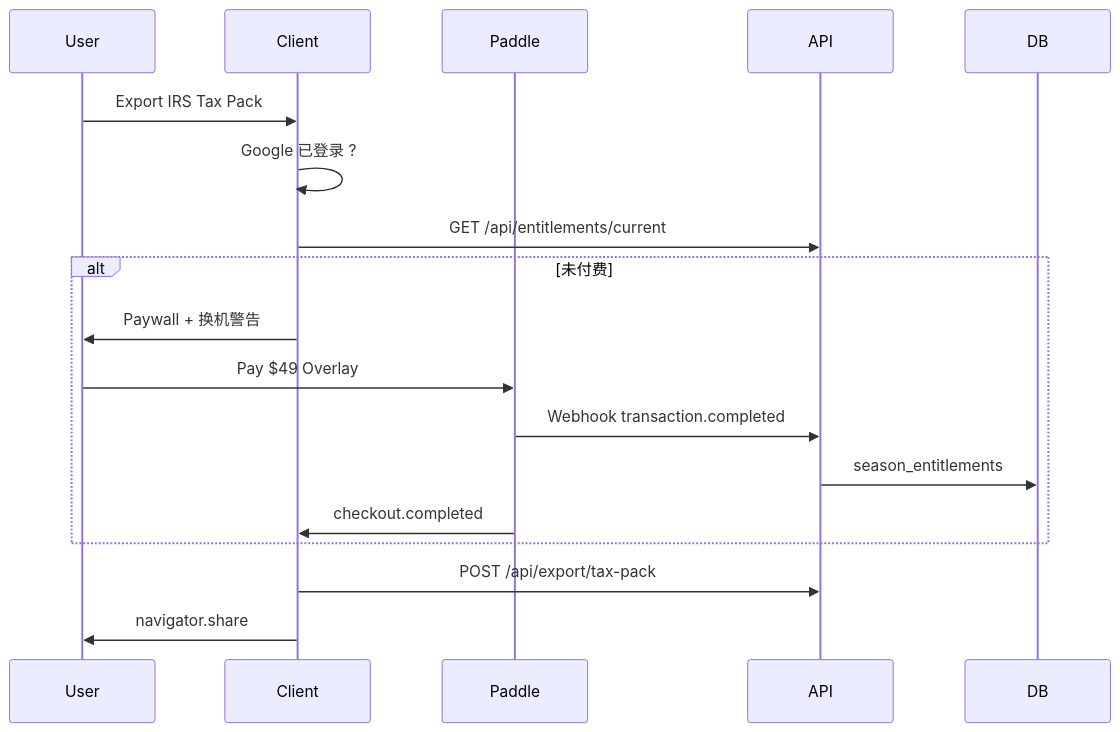
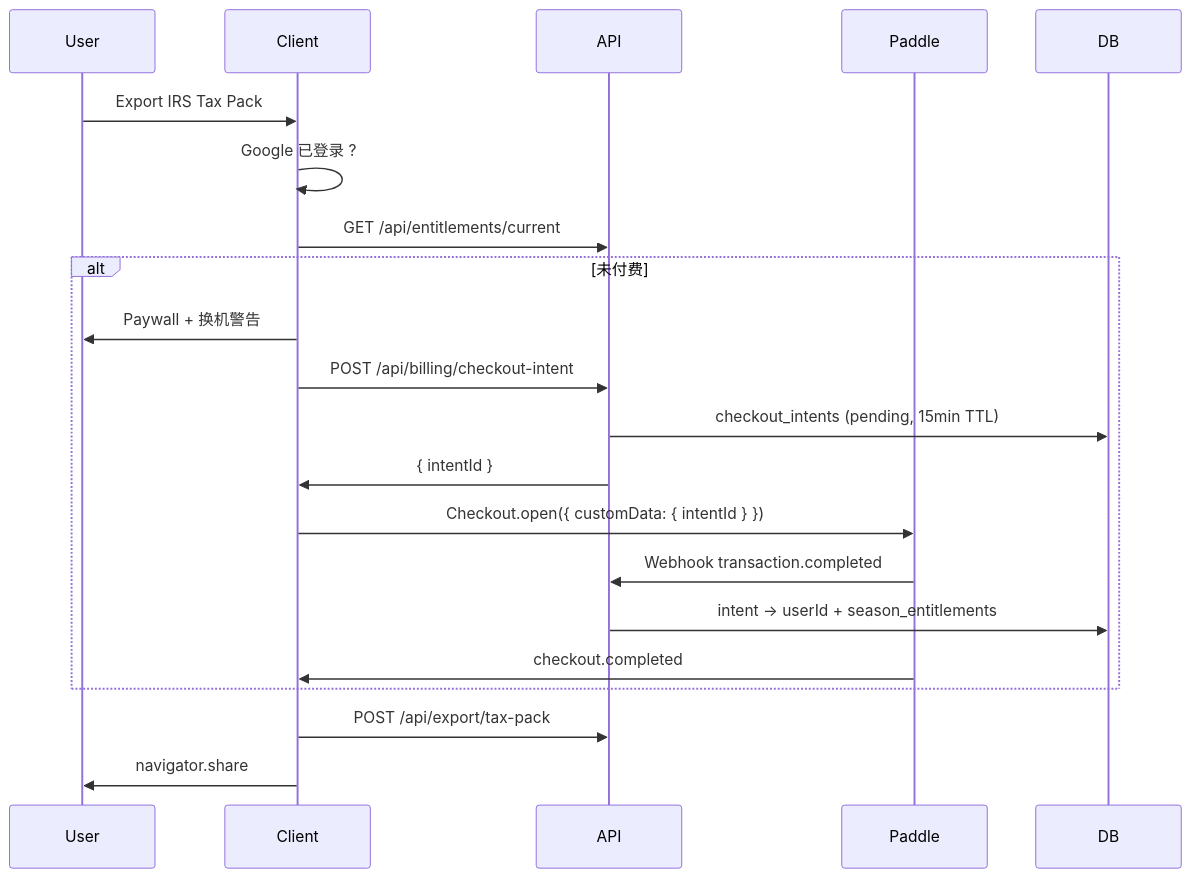
The diagram in docs/tech/07-paddle-billing.md (isgalloping/snaptax), drawn with Mermaid before and after one commit. The commit also changed other lines of this file and 43 other files, not shown here.

````diff
--- a/docs/tech/07-paddle-billing.md
+++ b/docs/tech/07-paddle-billing.md
@@ -21,21 +21,24 @@
 ```mermaid
 sequenceDiagram
     participant User
     participant Client
+    participant API
     participant Paddle
-    participant API
     participant DB
 
     User->>Client: Export IRS Tax Pack
     Client->>Client: Google 已登录 ?
     Client->>API: GET /api/entitlements/current
     alt 未付费
         Client->>User: Paywall + 换机警告
-        User->>Paddle: Pay $49 Overlay
+        Client->>API: POST /api/billing/checkout-intent
+        API->>DB: checkout_intents (pending, 15min TTL)
+        API->>Client: { intentId }
+        Client->>Paddle: Checkout.open({ customData: { intentId } })
         Paddle->>API: Webhook transaction.completed
-        API->>DB: season_entitlements
+        API->>DB: intent → userId + season_entitlements
         Paddle->>Client: checkout.completed
     end
     Client->>API: POST /api/export/tax-pack
     Client->>User: navigator.share
 ```
````
